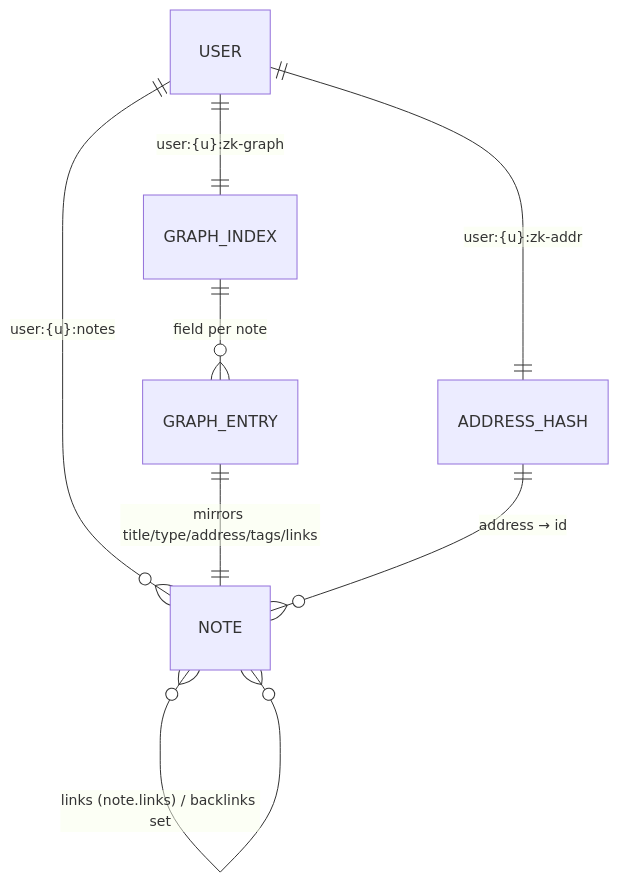
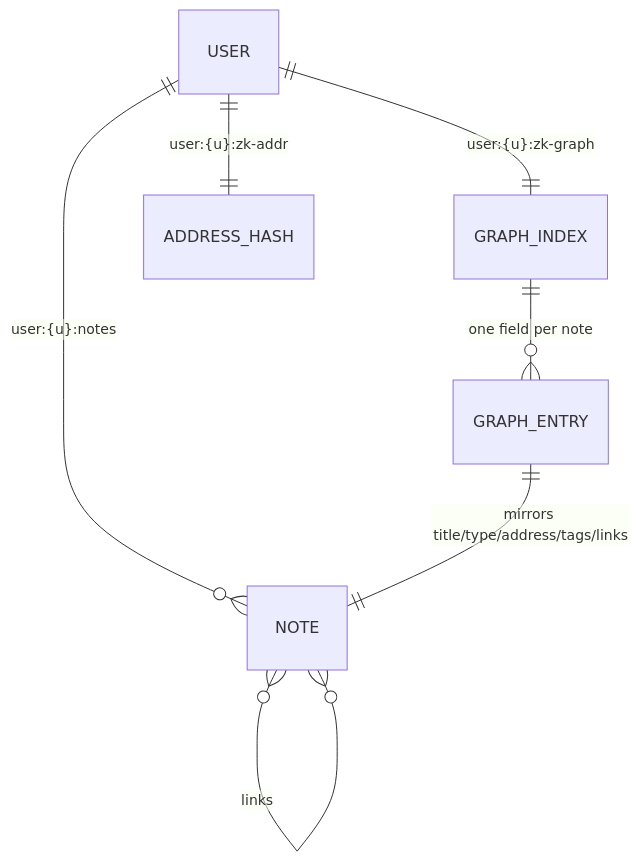
One commit to Parthgrow/revision-app changed the first of 4 diagrams in docs/zettelkasten-graph-lld.md. Above: the diagram before and after it, drawn with Mermaid. The commit also changed other lines of this file, not shown here.

First line of the commit message:
docs(zk): narrow graph design to the whole-collection view

````diff
--- a/docs/zettelkasten-graph-lld.md
+++ b/docs/zettelkasten-graph-lld.md
@@ -79,10 +87,9 @@
 ```mermaid
 erDiagram
   USER ||--o{ NOTE : "user:{u}:notes"
   USER ||--|| GRAPH_INDEX : "user:{u}:zk-graph"
   USER ||--|| ADDRESS_HASH : "user:{u}:zk-addr"
-  GRAPH_INDEX ||--o{ GRAPH_ENTRY : "field per note"
+  GRAPH_INDEX ||--o{ GRAPH_ENTRY : "one field per note"
   GRAPH_ENTRY ||--|| NOTE : "mirrors title/type/address/tags/links"
-  NOTE }o--o{ NOTE : "links (note.links) / backlinks set"
-  ADDRESS_HASH ||--o{ NOTE : "address → id"
+  NOTE }o--o{ NOTE : "links"
 ```
````
